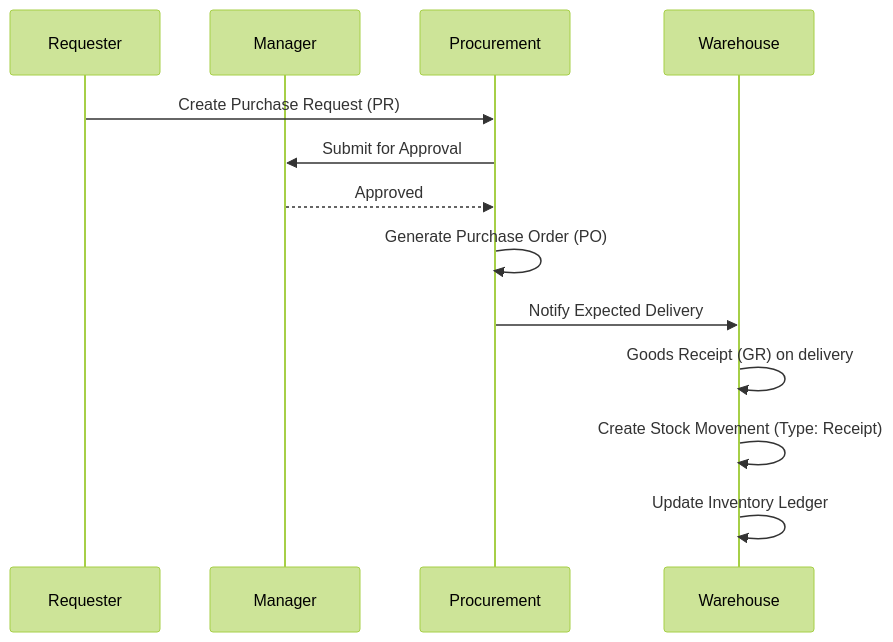
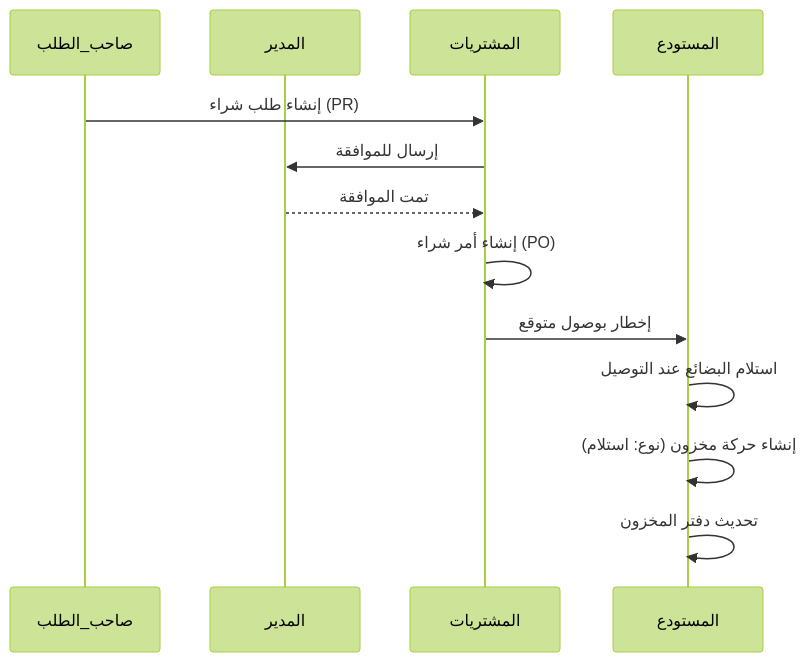
The diagram in docs/backend/22-business-flows.md (aboodmohammedpro-sys/Alyasheiee), drawn with Mermaid (forest theme) before and after one commit. The commit also changed other lines of this file and 39 other files, not shown here.

Commit message:
docs: translate architectural documents to Arabic

````diff
--- a/docs/backend/22-business-flows.md
+++ b/docs/backend/22-business-flows.md
@@ -5,16 +5,16 @@
 ```mermaid
 sequenceDiagram
-    participant Requester
-    participant Manager
-    participant Procurement
-    participant Warehouse
+    participant صاحب_الطلب
+    participant المدير
+    participant المشتريات
+    participant المستودع
     
-    Requester->>Procurement: Create Purchase Request (PR)
-    Procurement->>Manager: Submit for Approval
-    Manager-->>Procurement: Approved
-    Procurement->>Procurement: Generate Purchase Order (PO)
-    Procurement->>Warehouse: Notify Expected Delivery
-    Warehouse->>Warehouse: Goods Receipt (GR) on delivery
-    Warehouse->>Warehouse: Create Stock Movement (Type: Receipt)
-    Warehouse->>Warehouse: Update Inventory Ledger
+    صاحب_الطلب->>المشتريات: إنشاء طلب شراء (PR)
+    المشتريات->>المدير: إرسال للموافقة
+    المدير-->>المشتريات: تمت الموافقة
+    المشتريات->>المشتريات: إنشاء أمر شراء (PO)
+    المشتريات->>المستودع: إخطار بوصول متوقع
+    المستودع->>المستودع: استلام البضائع عند التوصيل
+    المستودع->>المستودع: إنشاء حركة مخزون (نوع: استلام)
+    المستودع->>المستودع: تحديث دفتر المخزون
 ```
````
